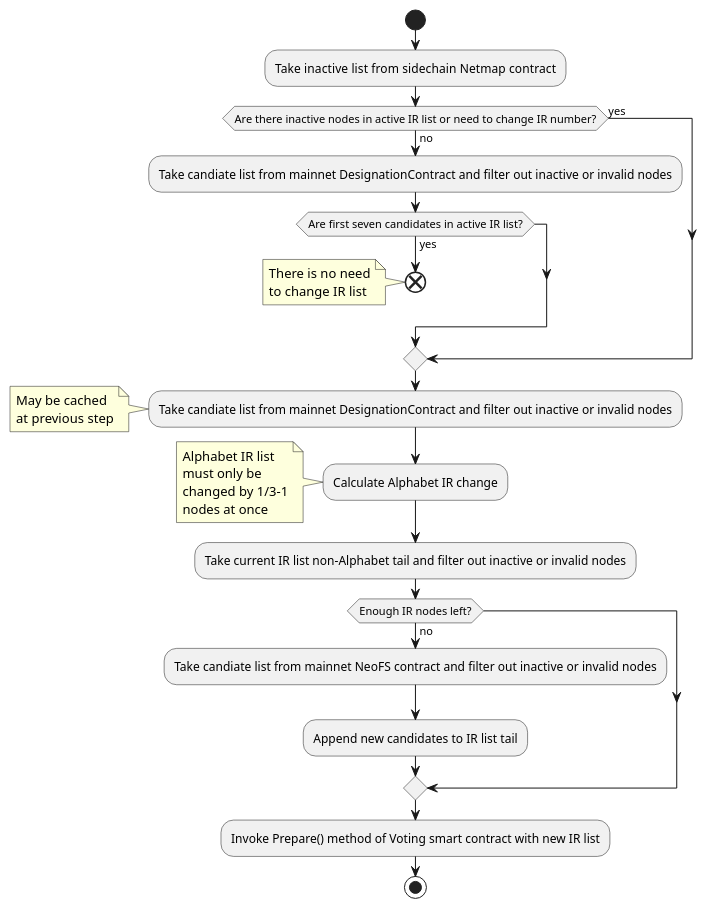
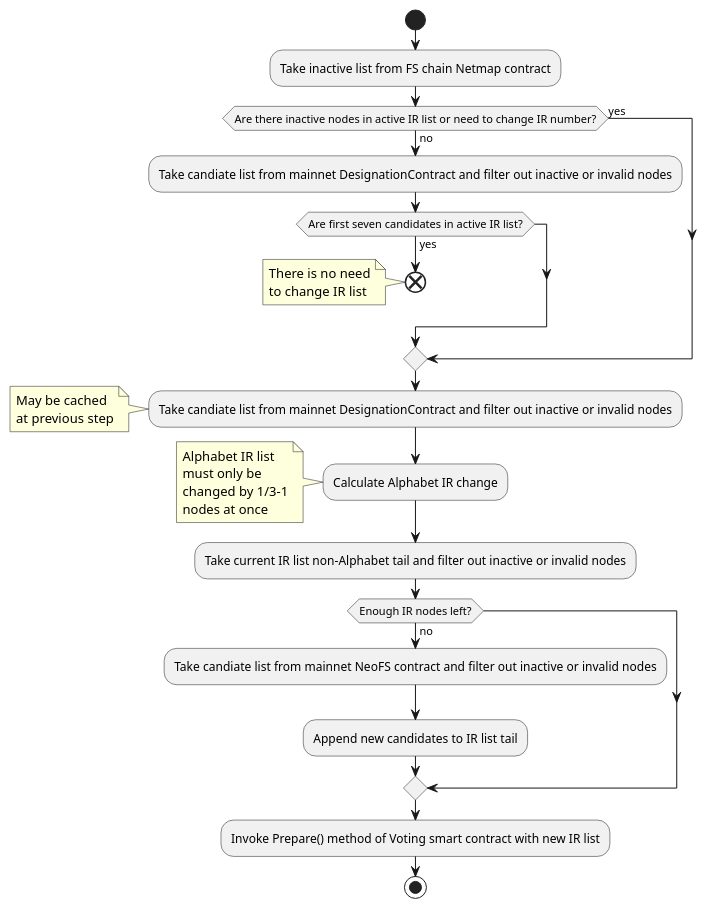
One commit to nspcc-dev/neofs-spec changed the diagram in 06-blockchain/pic/gov-irvote.puml. Above: the diagram before and after it, drawn with PlantUML. The commit also changed 17 other files, not shown here.

```diff
--- a/06-blockchain/pic/gov-irvote.puml
+++ b/06-blockchain/pic/gov-irvote.puml
@@ -1,50 +1,50 @@
 @startuml
 
 
 start
 
 /' Initial phase. Check if there is a need to change anything. '/
 
-:Take inactive list from  sidechain Netmap contract;
+:Take inactive list from FS chain Netmap contract;
 
 if (Are there inactive nodes in active IR list or need to change IR number?) then (yes)
 else (no)
   :Take candiate list from mainnet DesignationContract and filter out inactive or invalid nodes;
   if (Are first seven candidates in active IR list?) then (yes)
     end
     note left
       There is no need
       to change IR list
     end note
   endif
 
 endif
 
 /' New IR list construction phase. '/
 :Take candiate list from mainnet DesignationContract and filter out inactive or invalid nodes;
 note left
   May be cached
   at previous step
 end note
 
 :Calculate Alphabet IR change;
 note left
   Alphabet IR list
   must only be
   changed by 1/3-1
   nodes at once
 end note
 
 :Take current IR list non-Alphabet tail and filter out inactive or invalid nodes;
 
 if (Enough IR nodes left?) then (no)
 :Take candiate list from mainnet NeoFS contract and filter out inactive or invalid nodes;
 :Append new candidates to IR list tail;
 endif
 
 :Invoke Prepare() method of Voting smart contract with new IR list;
 
 stop
 
 
 @enduml
```
